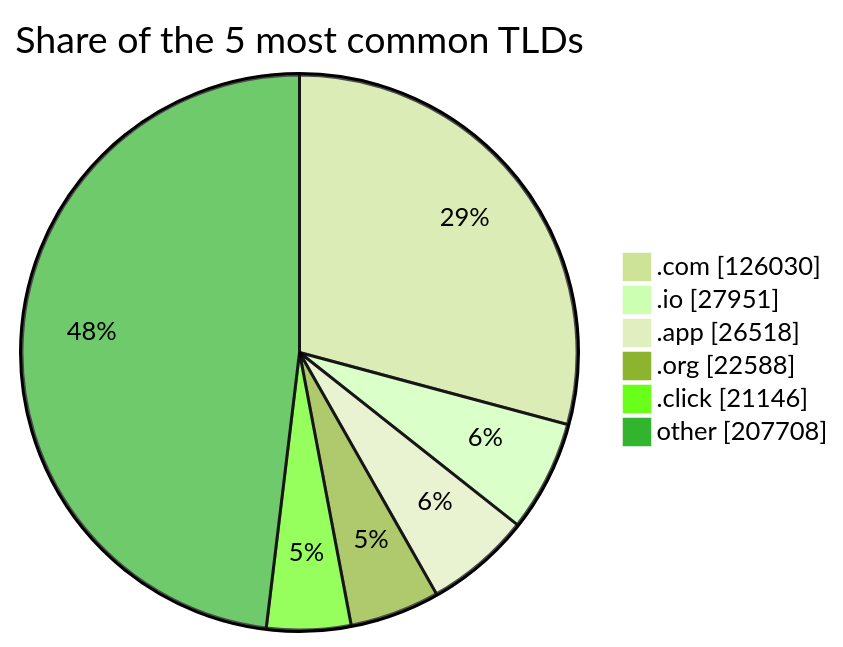
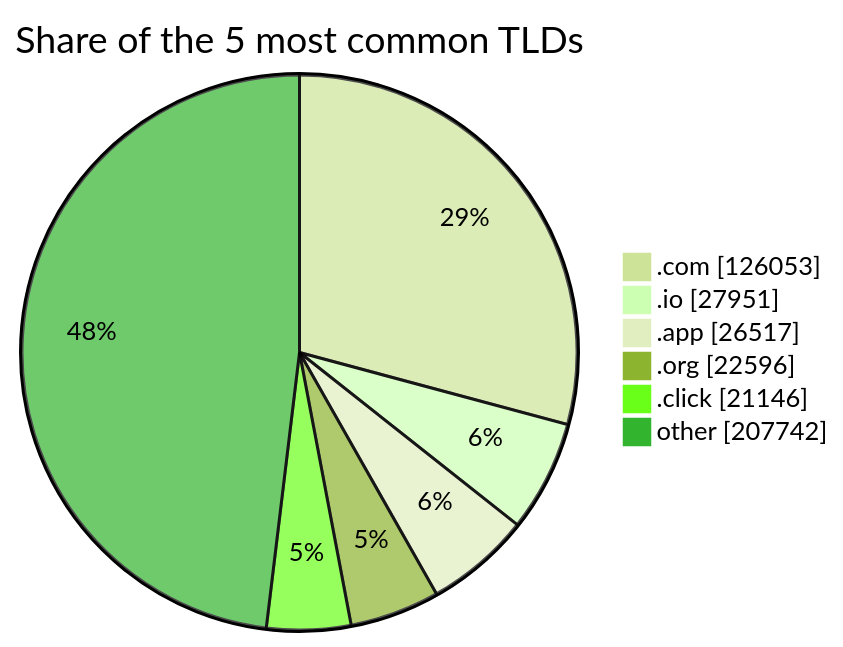
The third of 3 diagrams in README.md (DNSBunker/CTI), drawn with Mermaid (forest theme) before and after one commit. The commit also changed other lines of this file and 3 other files, not shown here.

````diff
--- a/README.md
+++ b/README.md
@@ -81,9 +81,9 @@
 ```mermaid
 pie showData title Share of the 5 most common TLDs
-    ".com" : 126030
+    ".com" : 126053
     ".io" : 27951
-    ".app" : 26518
-    ".org" : 22588
+    ".app" : 26517
+    ".org" : 22596
     ".click" : 21146
-    "other" : 207708
+    "other" : 207742
 ```
````
